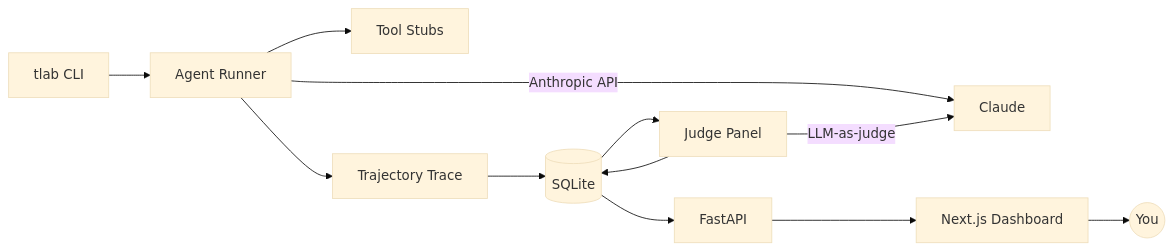
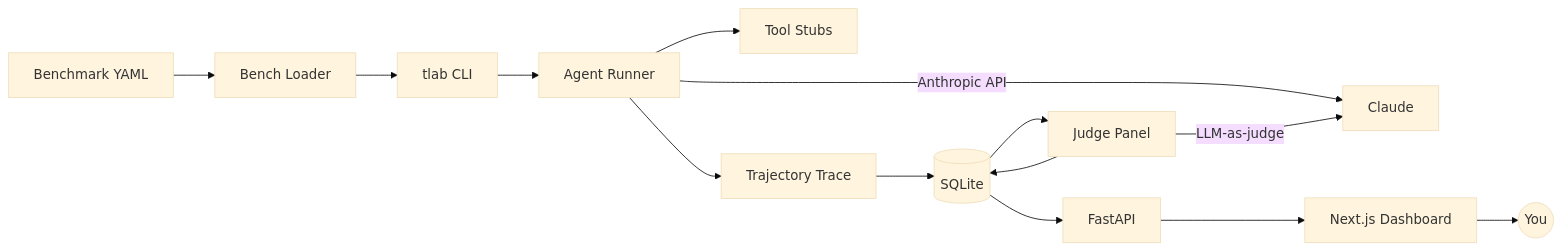
One commit to RitikPatill/trajectory-lab changed the diagram in README.md. Above: the diagram before and after it, drawn with Mermaid (base theme). The commit also changed other lines of this file and 9 other files, not shown here.

````diff
--- a/README.md
+++ b/README.md
@@ -37,14 +42,16 @@
 ```mermaid
 flowchart LR
-    CLI[tlab CLI] --> Runner[Agent Runner]
+    YAML[Benchmark YAML] --> Loader[Bench Loader]
+    Loader --> CLI[tlab CLI]
+    CLI --> Runner[Agent Runner]
     Runner -->|Anthropic API| Claude[Claude]
     Runner --> Tools[Tool Stubs]
     Runner --> Trace[Trajectory Trace]
     Trace --> Store[(SQLite)]
     Store --> Judges[Judge Panel]
     Judges -->|LLM-as-judge| Claude
     Judges --> Store
     Store --> API[FastAPI]
     API --> UI[Next.js Dashboard]
     UI --> User((You))
 ```
````
